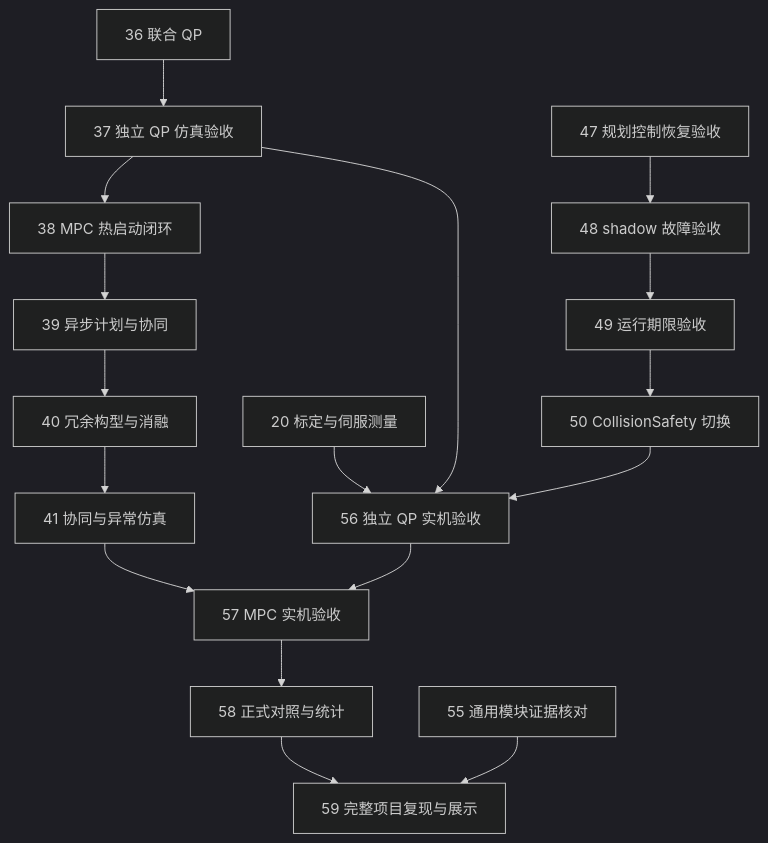
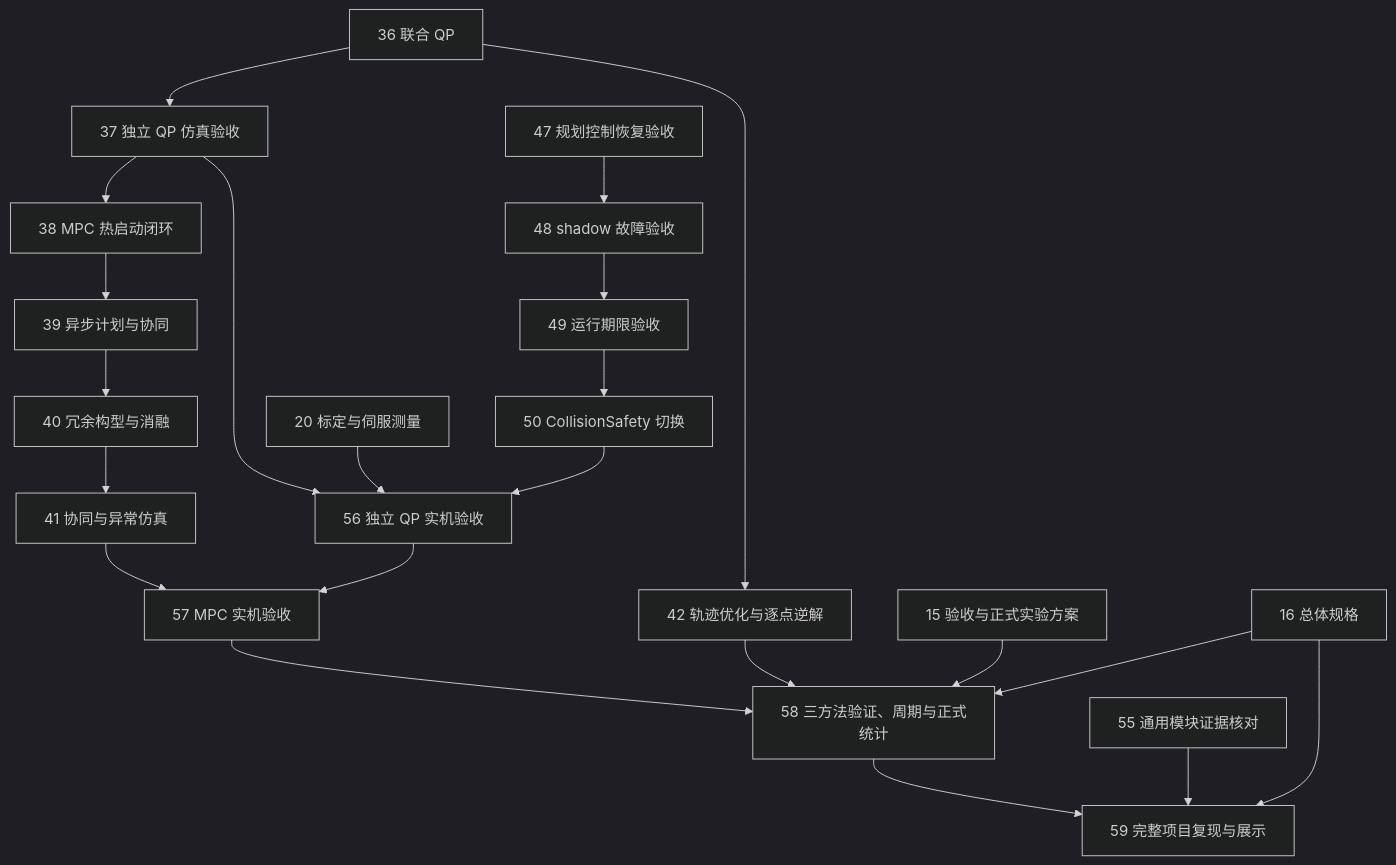
One commit to Shiningliu1011/nineaxis_safecontrol changed the diagram in docs/planning/nineaxis-full-project/dependencies.md. Above: the diagram before and after it, drawn with Mermaid (dark theme). The commit also changed other lines of this file and 43 other files, not shown here.

````diff
--- a/docs/planning/nineaxis-full-project/dependencies.md
+++ b/docs/planning/nineaxis-full-project/dependencies.md
@@ -11,19 +11,24 @@
 ```mermaid
 flowchart TD
     n36["36 联合 QP"] --> n37["37 独立 QP 仿真验收"]
     n37 --> n38["38 MPC 热启动闭环"]
     n38 --> n39["39 异步计划与协同"]
     n39 --> n40["40 冗余构型与消融"]
     n40 --> n41["41 协同与异常仿真"]
     n47["47 规划控制恢复验收"] --> n48["48 shadow 故障验收"]
     n48 --> n49["49 运行期限验收"]
     n49 --> n50["50 CollisionSafety 切换"]
     n20["20 标定与伺服测量"] --> n56["56 独立 QP 实机验收"]
     n37 --> n56
     n50 --> n56
     n41 --> n57["57 MPC 实机验收"]
     n56 --> n57
-    n57 --> n58["58 正式对照与统计"]
+    n36 --> n42["42 轨迹优化与逐点逆解"]
+    n42 --> n58["58 三方法验证、周期与正式统计"]
+    n15["15 验收与正式实验方案"] --> n58
+    n16["16 总体规格"] --> n58
+    n57 --> n58
     n58 --> n59["59 完整项目复现与展示"]
+    n16 --> n59
     n55["55 通用模块证据核对"] --> n59
 ```
````
